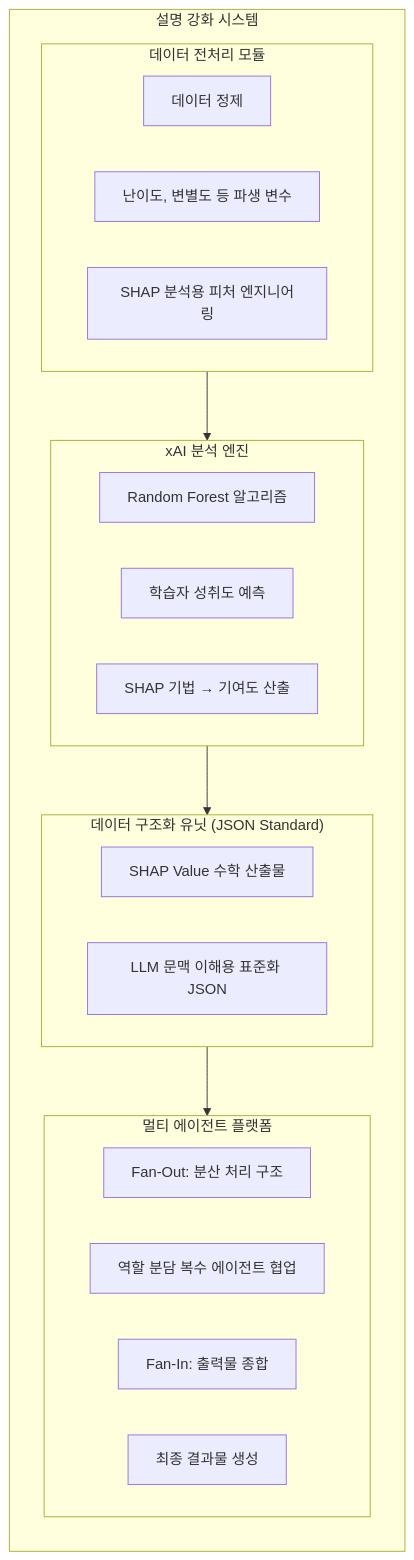
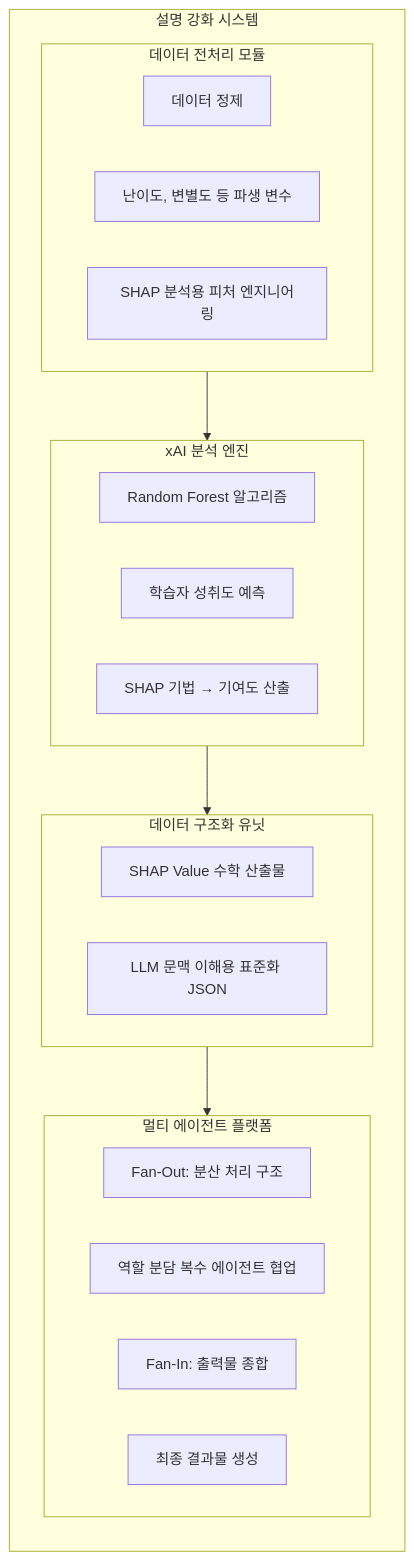
One commit to blueecho2014/docs changed the second of 7 diagrams in 설명강화시스템_아키텍처.md. Above: the diagram before and after it, drawn with Mermaid. The commit also changed other lines of this file, not shown here.

````diff
--- a/설명강화시스템_아키텍처.md
+++ b/설명강화시스템_아키텍처.md
@@ -45,32 +45,32 @@
 ```mermaid
 flowchart TB
     subgraph 시스템["설명 강화 시스템"]
         direction TB
 
         subgraph M1["데이터 전처리 모듈"]
             M1a["데이터 정제"]
             M1b["난이도, 변별도 등 파생 변수"]
             M1c["SHAP 분석용 피처 엔지니어링"]
         end
 
         subgraph M2["xAI 분석 엔진"]
             M2a["Random Forest 알고리즘"]
             M2b["학습자 성취도 예측"]
             M2c["SHAP 기법 → 기여도 산출"]
         end
 
-        subgraph M3["데이터 구조화 유닛 (JSON Standard)"]
+        subgraph M3["데이터 구조화 유닛"]
             M3a["SHAP Value 수학 산출물"]
             M3b["LLM 문맥 이해용 표준화 JSON"]
         end
 
         subgraph M4["멀티 에이전트 플랫폼"]
             M4a["Fan-Out: 분산 처리 구조"]
             M4b["역할 분담 복수 에이전트 협업"]
             M4c["Fan-In: 출력물 종합"]
             M4d["최종 결과물 생성"]
         end
     end
 
     M1 --> M2 --> M3 --> M4
 ```
````
